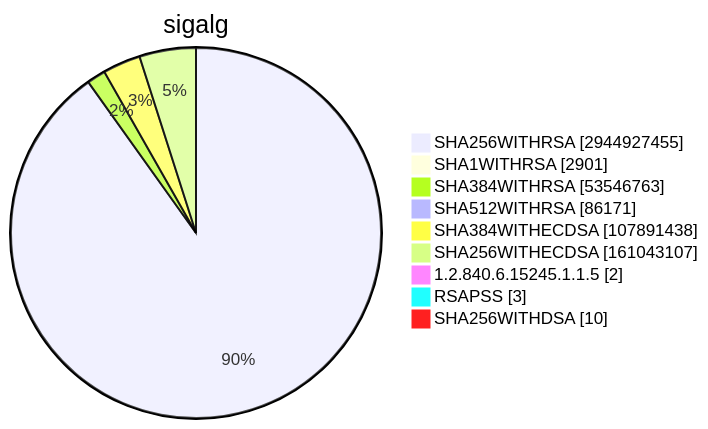
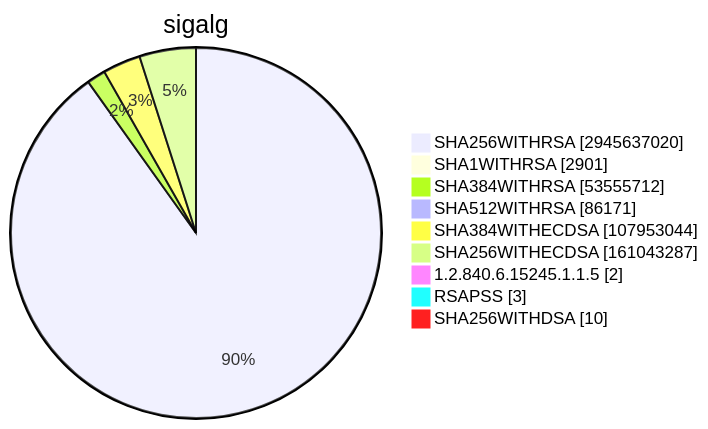
One commit to christiankrug/ctmonitor_visualization changed diagram 15 of 15 in TOTAL/README.md. Above: the diagram before and after it, drawn with Mermaid. The commit also changed other lines of this file, not shown here.

````diff
--- a/TOTAL/README.md
+++ b/TOTAL/README.md
@@ -6207,13 +6207,13 @@
 ```mermaid
 pie showData
 title sigalg
-"SHA256WITHRSA" :2944927455
+"SHA256WITHRSA" :2945637020
 "SHA1WITHRSA" :2901
-"SHA384WITHRSA" :53546763
+"SHA384WITHRSA" :53555712
 "SHA512WITHRSA" :86171
-"SHA384WITHECDSA" :107891438
-"SHA256WITHECDSA" :161043107
+"SHA384WITHECDSA" :107953044
+"SHA256WITHECDSA" :161043287
 "1.2.840.6.15245.1.1.5" :2
 "RSAPSS" :3
 "SHA256WITHDSA" :10
 ```
````
